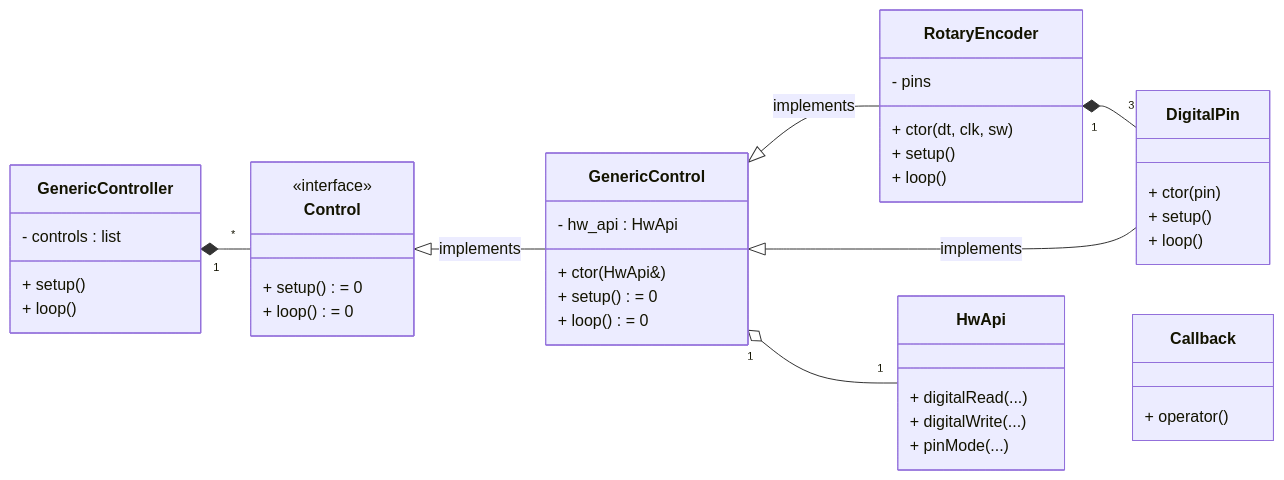
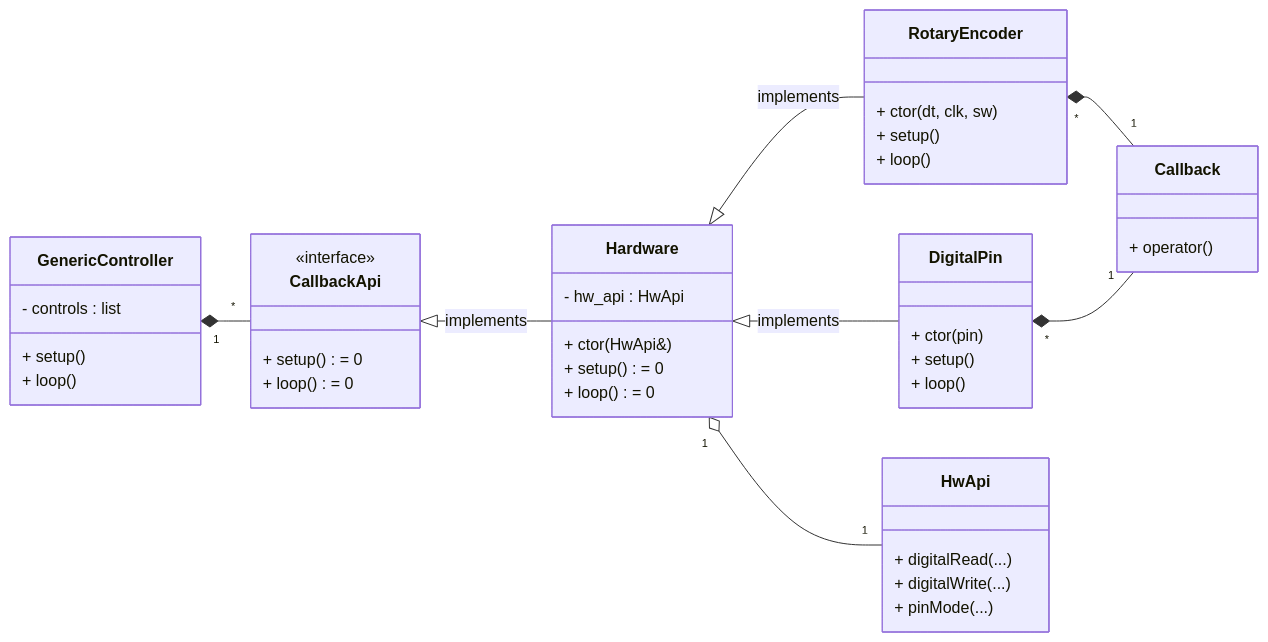
One commit to aserebryakov/arduino-cpp-components-library changed the diagram in support_library/README.md. Above: the diagram before and after it, drawn with Mermaid. The commit also changed 4 other files, not shown here.

````diff
--- a/support_library/README.md
+++ b/support_library/README.md
@@ -11,53 +11,53 @@
 ```mermaid
 classDiagram
     direction RL
     
     class GenericController {
         + setup()
         + loop()
         - controls : list
     }
     
-    class Control {
+    class CallbackApi {
         <<interface>>
         + setup() = 0
         + loop() = 0
     }
     
-    class GenericControl {
+    class Hardware {
         + ctor(HwApi&)
         + setup() = 0
         + loop() = 0
         - hw_api : HwApi
     }
     
     class RotaryEncoder {
         + ctor(dt, clk, sw)
         + setup()
         + loop()
-        - pins
     }
     
     class DigitalPin {
         + ctor(pin)
         + setup()
         + loop()
     }
     
     class HwApi {
         + digitalRead(...)
         + digitalWrite(...)
         + pinMode(...)
     }
     
     class Callback {
         + operator()
     }
     
-    GenericControl --|> Control : implements
-    RotaryEncoder --|> GenericControl : implements
-    DigitalPin --|> GenericControl : implements
-    DigitalPin "3" --* "1" RotaryEncoder : 
-    Control "*" --* "1" GenericController
-    HwApi "1" --o "1" GenericControl
+    Hardware --|> CallbackApi : implements
+    RotaryEncoder --|> Hardware : implements
+    DigitalPin --|> Hardware : implements
+    CallbackApi "*" --* "1" GenericController
+    HwApi "1" --o "1" Hardware
+    Callback "1" --* "*" DigitalPin
+    Callback "1" --* "*" RotaryEncoder
 ```
````
